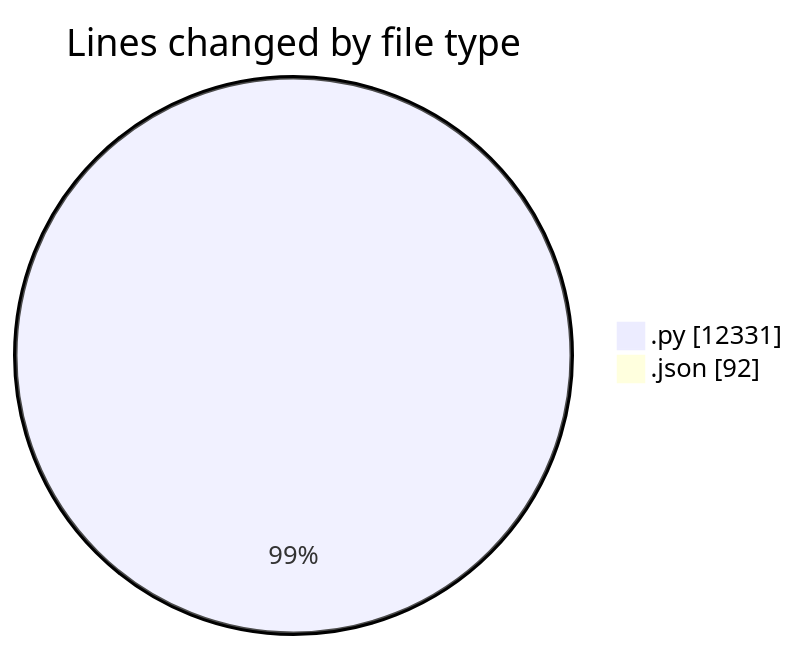
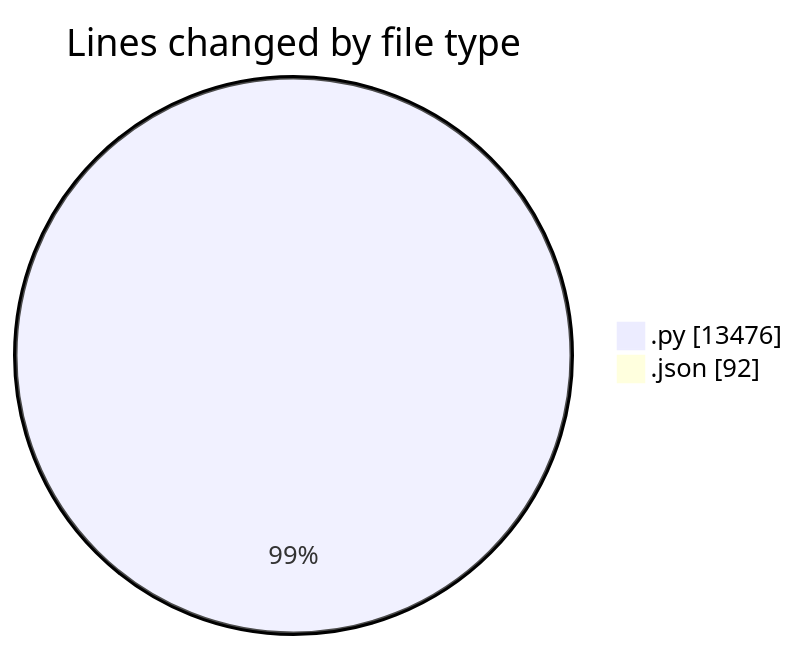
Before and after one commit to jrari/code-tracking: the first of 2 diagrams in 2025-07-13/telebot/README.md, drawn with Mermaid. The commit also changed other lines of this file and 1 other file, not shown here.

````diff
--- a/2025-07-13/telebot/README.md
+++ b/2025-07-13/telebot/README.md
@@ -40,6 +41,6 @@
 ```mermaid
 pie showData
 title Lines changed by file type
-".py" : 12331
+".py" : 13476
 ".json" : 92
 ```
````
